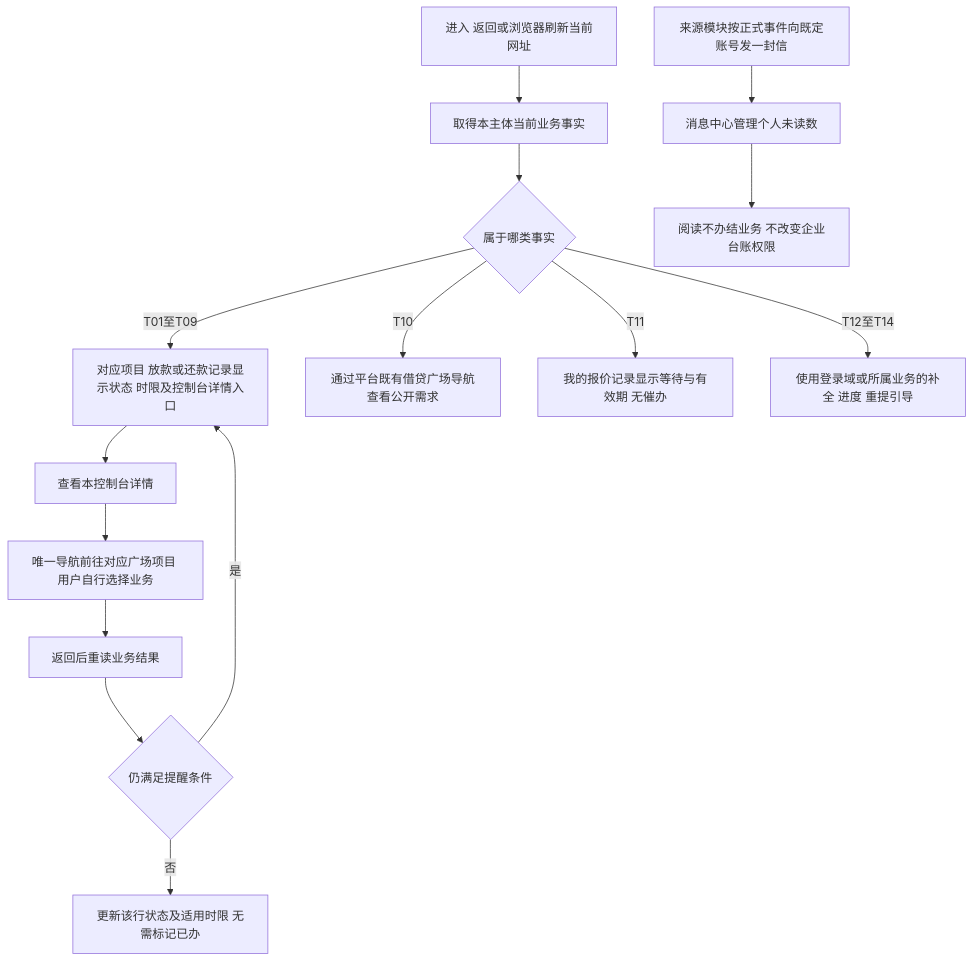
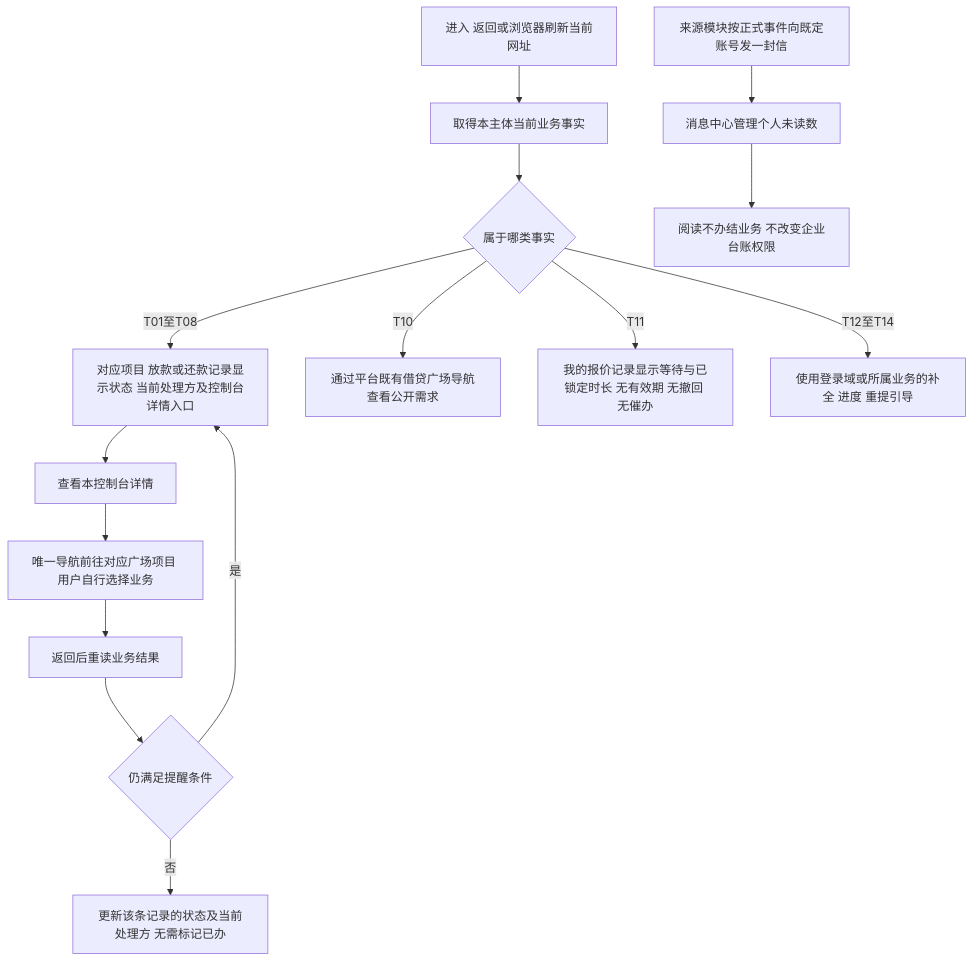
The third of 11 diagrams in lending-platform/PRD/v1.0-我的控制台/02-我的控制台-流程图与状态机.md (wxblockchain/Chain-Financing), drawn with Mermaid before and after one commit. The commit also changed other lines of this file and 4 other files, not shown here.

````diff
--- a/lending-platform/PRD/v1.0-我的控制台/02-我的控制台-流程图与状态机.md
+++ b/lending-platform/PRD/v1.0-我的控制台/02-我的控制台-流程图与状态机.md
@@ -85,17 +85,17 @@
 ```mermaid
 flowchart TD
   A[进入 返回或浏览器刷新当前网址] --> B[取得本主体当前业务事实]
   B --> C{属于哪类事实}
-  C -- T01至T09 --> D[对应项目 放款或还款记录显示状态 时限及控制台详情入口]
+  C -- T01至T08 --> D[对应项目 放款或还款记录显示状态 当前处理方及控制台详情入口]
   C -- T10 --> E[通过平台既有借贷广场导航查看公开需求]
-  C -- T11 --> F[我的报价记录显示等待与有效期 无催办]
+  C -- T11 --> F[我的报价记录显示等待与已锁定时长 无有效期 无撤回 无催办]
   C -- T12至T14 --> G[使用登录域或所属业务的补全 进度 重提引导]
   D --> V[查看本控制台详情]
   V --> H[唯一导航前往对应广场项目 用户自行选择业务]
   H --> I[返回后重读业务结果]
   I --> J{仍满足提醒条件}
   J -- 是 --> D
-  J -- 否 --> K[更新该行状态及适用时限 无需标记已办]
+  J -- 否 --> K[更新该条记录的状态及当前处理方 无需标记已办]
   L[来源模块按正式事件向既定账号发一封信] --> M[消息中心管理个人未读数]
   M --> N[阅读不办结业务 不改变企业台账权限]
 ```
````
